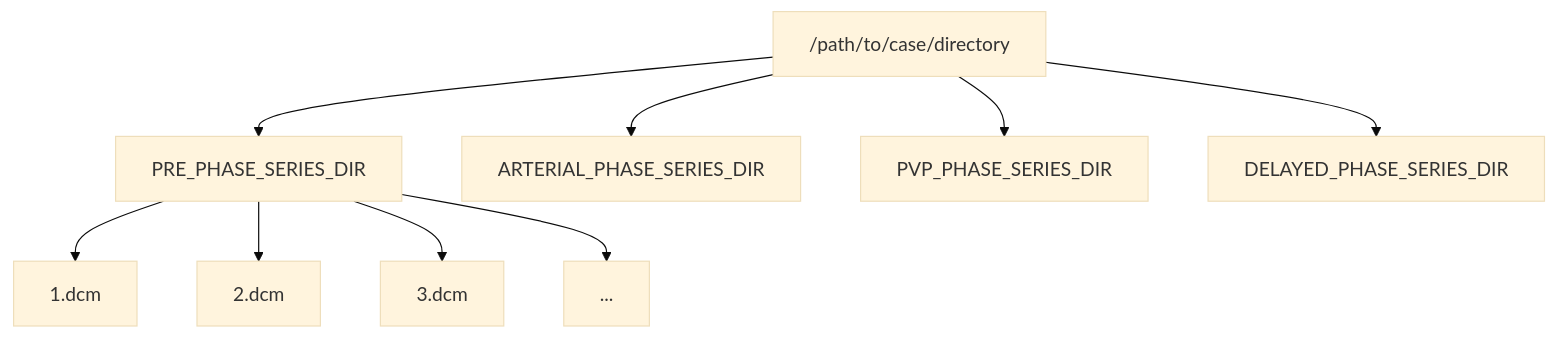
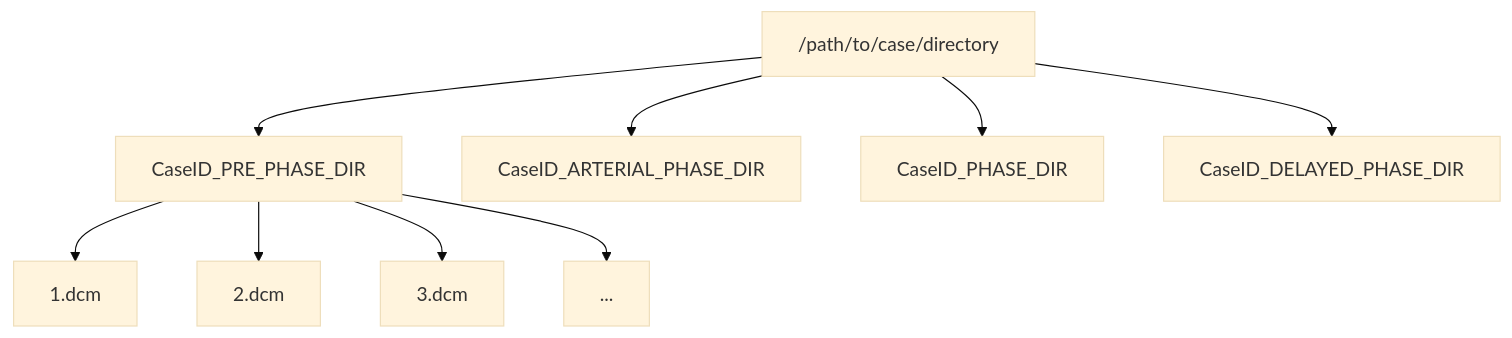
Before and after one commit to mladenze/LiVaS: the diagram in README.md, drawn with Mermaid (base theme). The commit also changed other lines of this file, not shown here.

````diff
--- a/README.md
+++ b/README.md
@@ -18,12 +18,12 @@
 ```mermaid
 graph TD
 
-/path/to/case/directory --> PRE_PHASE_SERIES_DIR
-PRE_PHASE_SERIES_DIR --> 1.dcm
-PRE_PHASE_SERIES_DIR --> 2.dcm
-PRE_PHASE_SERIES_DIR --> 3.dcm
-PRE_PHASE_SERIES_DIR --> ...
-/path/to/case/directory --> ARTERIAL_PHASE_SERIES_DIR
-/path/to/case/directory --> PVP_PHASE_SERIES_DIR
-/path/to/case/directory --> DELAYED_PHASE_SERIES_DIR
+/path/to/case/directory --> CaseID_PRE_PHASE_DIR
+CaseID_PRE_PHASE_DIR --> 1.dcm
+CaseID_PRE_PHASE_DIR --> 2.dcm
+CaseID_PRE_PHASE_DIR --> 3.dcm
+CaseID_PRE_PHASE_DIR --> ...
+/path/to/case/directory --> CaseID_ARTERIAL_PHASE_DIR
+/path/to/case/directory --> CaseID_PHASE_DIR
+/path/to/case/directory --> CaseID_DELAYED_PHASE_DIR
 ```
````
